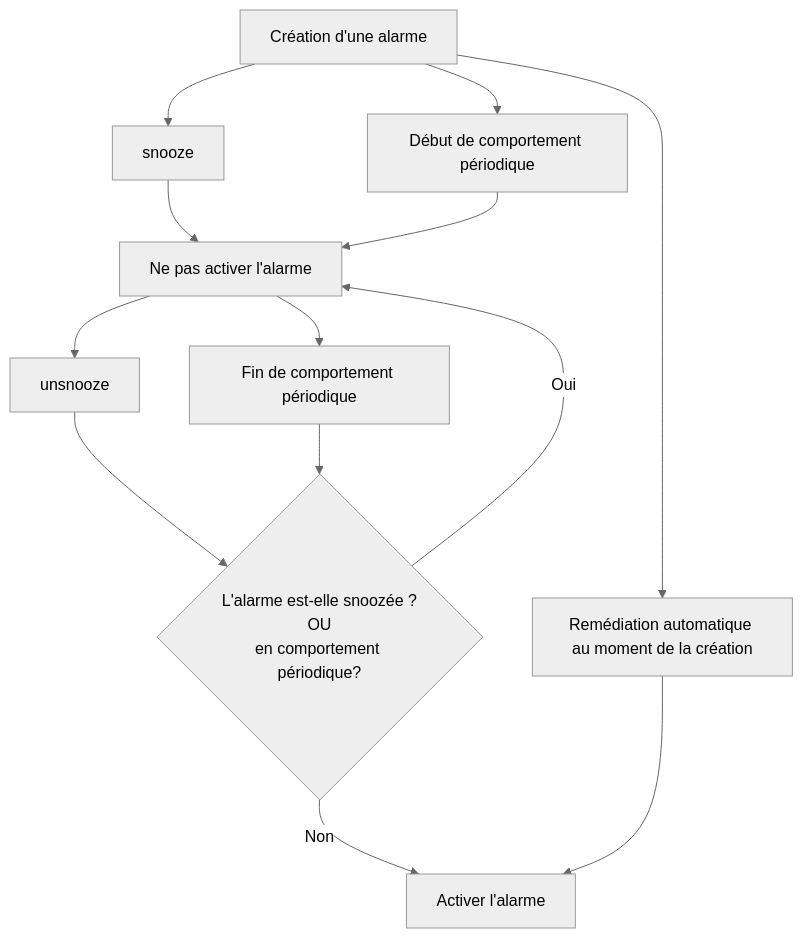
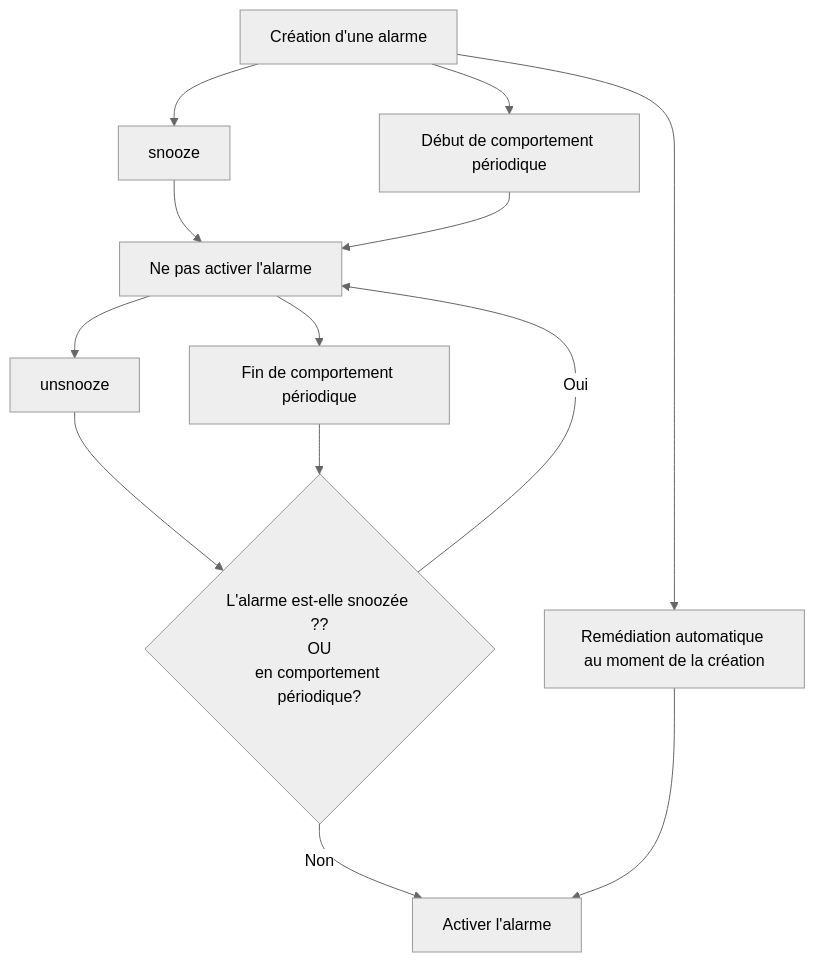
The first of 2 diagrams in community/sources/docs/fr/notes-de-version/23.04.0.md (capensis/canopsis), drawn with Mermaid (neutral theme) before and after one commit. The commit also changed other lines of this file, not shown here.

Commit message:
fix schemas rn 23.04

````diff
--- a/community/sources/docs/fr/notes-de-version/23.04.0.md
+++ b/community/sources/docs/fr/notes-de-version/23.04.0.md
@@ -220,15 +220,15 @@
-        ```mermaid
-        flowchart TD
-            A[Création d'une alarme] --> B[snooze]
-            A --> C[Début de comportement périodique]
-            D --> G[unsnooze]
-            D --> H[Fin de comportement périodique]
-            A --> I[Remédiation automatique au moment de la création]
-            B --> D[Ne pas activer l'alarme]
-            C --> D
-            G --> F{L'alarme est-elle snoozée ?\nOU\nen comportement périodique?\n}
-            F -->|Oui| D
-            F -->|Non| E[Activer l'alarme]
-            H --> F
-            I --> E
-        ```
+    ```mermaid
+    flowchart TD
+        A[Création d'une alarme] --> B[snooze]
+        A --> C[Début de comportement périodique]
+        D --> G[unsnooze]
+        D --> H[Fin de comportement périodique]
+        A --> I[Remédiation automatique au moment de la création]
+        B --> D[Ne pas activer l'alarme]
+        C --> D
+        G --> F{L'alarme est-elle snoozée ??\nOU\nen comportement périodique?\n}
+        F -->|Oui| D
+        F -->|Non| E[Activer l'alarme]
+        H --> F
+        I --> E
+    ```
````
